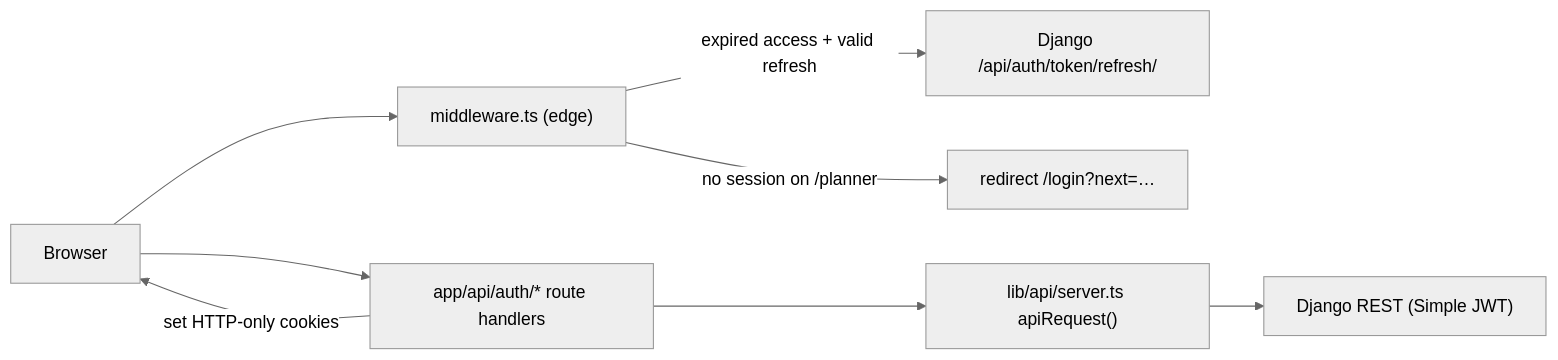
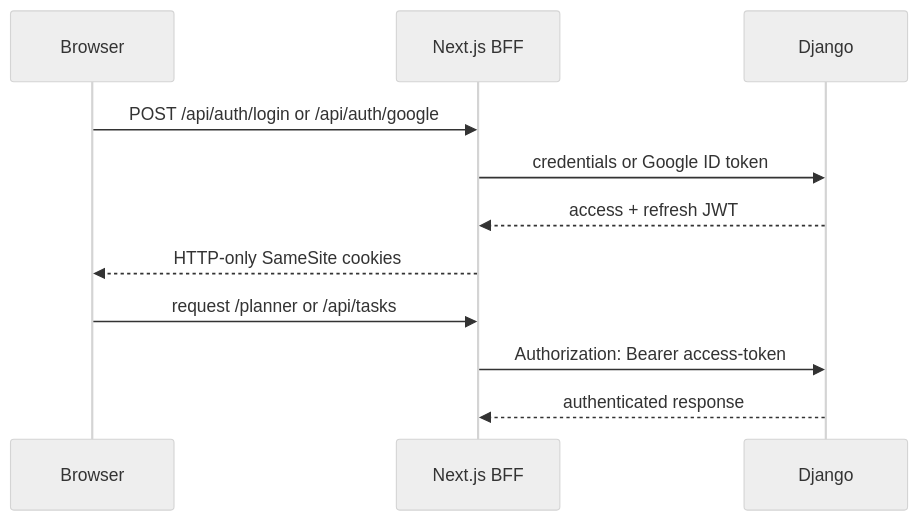
Before and after one commit to jfloww/picking-up: the second of 3 diagrams in docs/architecture.md, drawn with Mermaid (neutral theme). The commit also changed other lines of this file and 72 other files, not shown here.

````diff
--- a/docs/architecture.md
+++ b/docs/architecture.md
@@ -170,10 +70,14 @@
 ```mermaid
-flowchart LR
-    B[Browser] --> MW["middleware.ts (edge)"]
-    MW -->|"expired access + valid refresh"| DJ["Django /api/auth/token/refresh/"]
-    MW -->|"no session on /planner"| L["redirect /login?next=…"]
-    B --> RH["app/api/auth/* route handlers"]
-    RH --> AC["lib/api/server.ts apiRequest()"]
-    AC --> DJAPI["Django REST (Simple JWT)"]
-    RH -->|"set HTTP-only cookies"| B
+sequenceDiagram
+    participant B as Browser
+    participant N as Next.js BFF
+    participant D as Django
+
+    B->>N: POST /api/auth/login or /api/auth/google
+    N->>D: credentials or Google ID token
+    D-->>N: access + refresh JWT
+    N-->>B: HTTP-only SameSite cookies
+    B->>N: request /planner or /api/tasks
+    N->>D: Authorization: Bearer access-token
+    D-->>N: authenticated response
 ```
````
